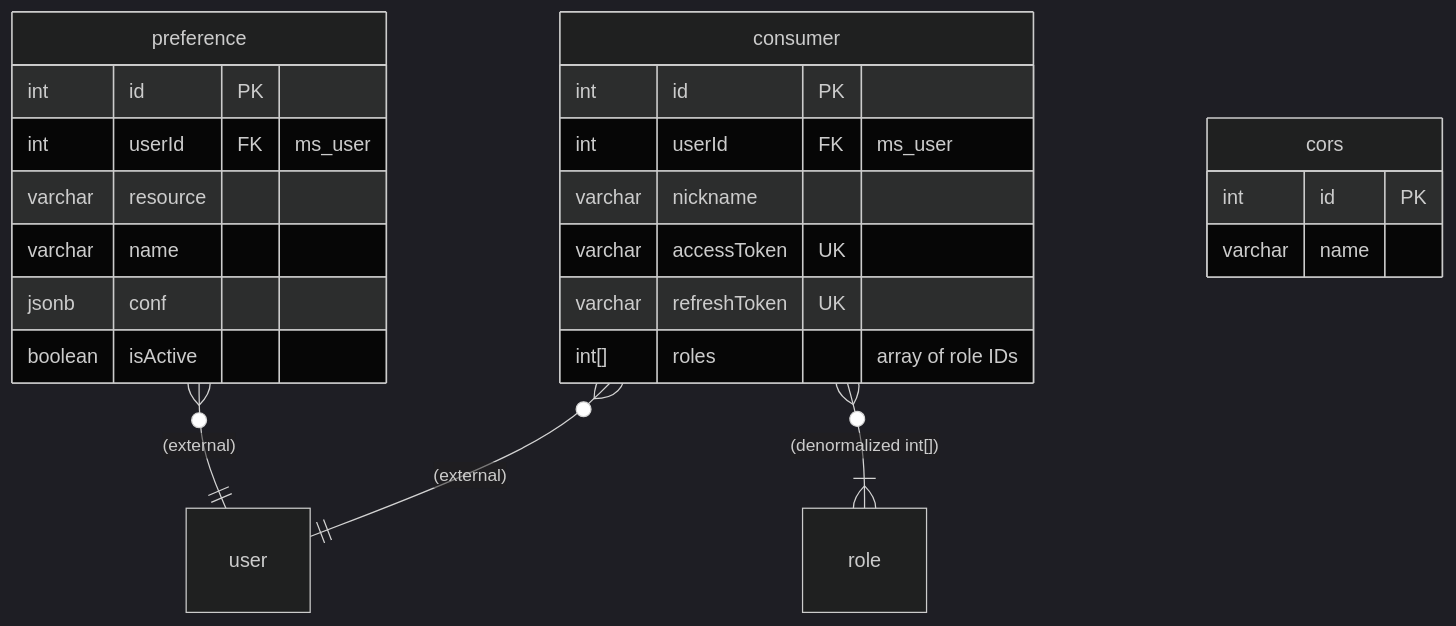
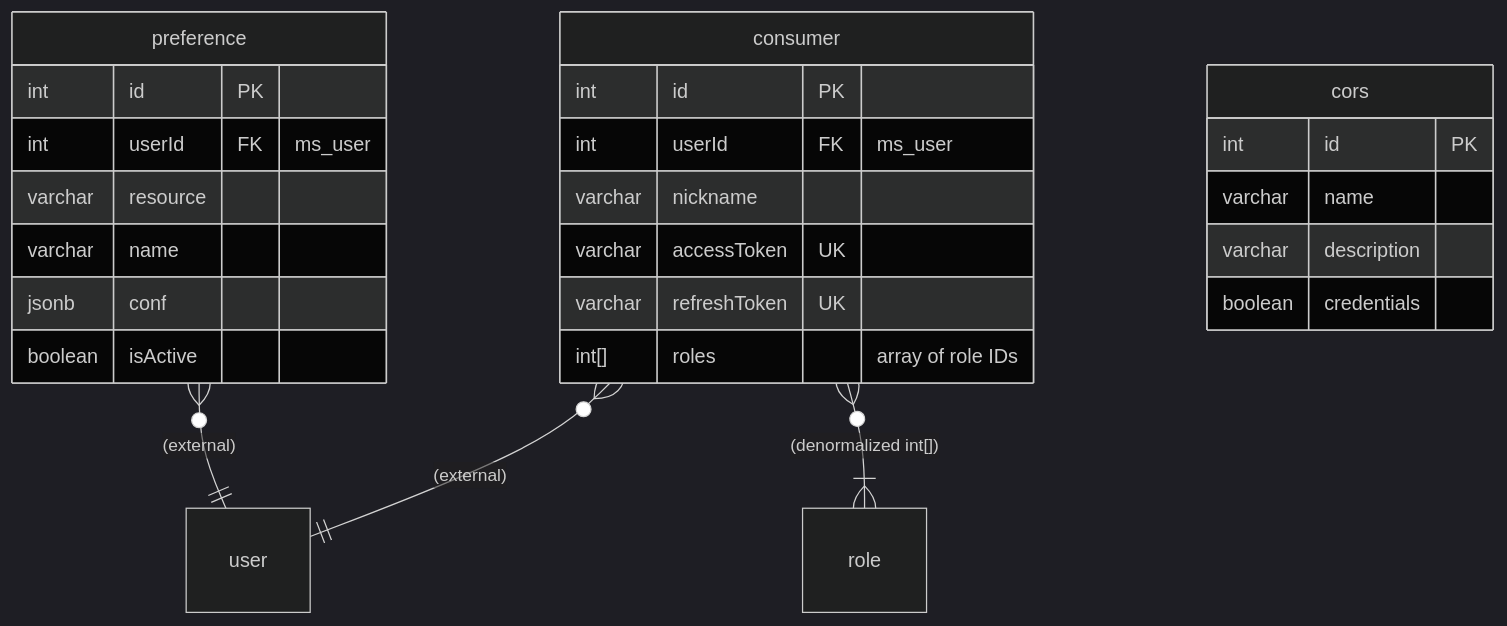
The second of 2 diagrams in doc/erd.md (ALTEN-group/Gatelin), drawn with Mermaid (dark theme) before and after one commit. The commit also changed 2 other files, not shown here.

Commit message:
fix(resource): correct spelling of 'sessions' in SQL insert

````diff
--- a/doc/erd.md
+++ b/doc/erd.md
@@ -125,42 +125,44 @@
 ```mermaid
 ---
 caption: Entity Relationship Diagram - Consumer & Preferences
 ---
 
 erDiagram
 
   consumer }o--|| user : "(external)"
   consumer }o--|{ role : "(denormalized int[])"
   preference }o--|| user : "(external)"
 
   cors {
     int id PK
     varchar name
+    varchar description
+    boolean credentials
   }
 
   consumer {
     int id PK
     int userId FK "ms_user"
     varchar nickname
     varchar accessToken UK
     varchar refreshToken UK
     int[] roles "array of role IDs"
   }
 
   preference {
     int id PK
     int userId FK "ms_user"
     varchar resource
     varchar name
     jsonb conf
     boolean isActive
   }
 
   user {
 
   }
 
   role {
 
   }
 ```
````
